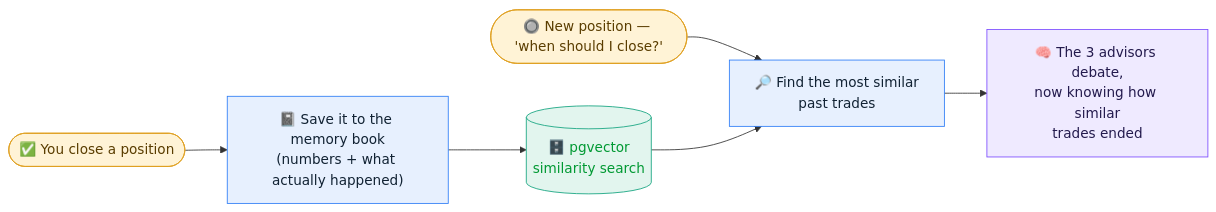
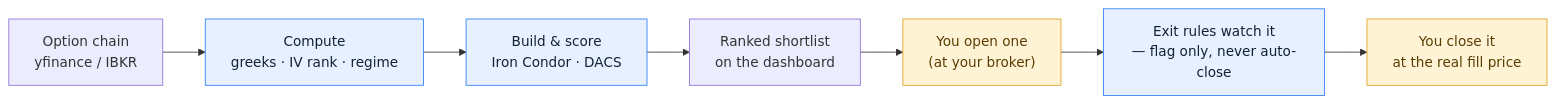
Before and after one commit to adielsh/Paz-Rav: the diagram in README.md, drawn with Mermaid. The commit also changed other lines of this file and 3 other files, not shown here.

````diff
--- a/README.md
+++ b/README.md
@@ -199,18 +25,14 @@
 ```mermaid
 flowchart LR
-    CLOSE(["✅ You close a position"]) --> STORE["📓 Save it to the memory book<br/>(numbers + what actually happened)"]
-    STORE --> DB[("🗄️ pgvector<br/>similarity search")]
+    FEED["Option chain<br/>yfinance / IBKR"] --> ANALYTICS["Compute<br/>greeks · IV rank · regime"]
+    ANALYTICS --> BUILDER["Build & score<br/>Iron Condor · DACS"]
+    BUILDER --> RANK["Ranked shortlist<br/>on the dashboard"]
+    RANK --> OPEN["You open one<br/>(at your broker)"]
+    OPEN --> WATCH["Exit rules watch it<br/>— flag only, never auto-close"]
+    WATCH --> CLOSE["You close it<br/>at the real fill price"]
 
-    NEW(["🔘 New position — 'when should I close?'"]) --> LOOK["🔎 Find the most similar<br/>past trades"]
-    DB --> LOOK
-    LOOK --> DEBATE["🧠 The 3 advisors debate,<br/>now knowing how similar<br/>trades ended"]
-
-    classDef start fill:#fff3d6,stroke:#e0a020,color:#5a3d00;
-    classDef code fill:#e7f0fe,stroke:#2e7df6,color:#123;
-    classDef store fill:#e2f5ee,stroke:#12a37f,color:#093;
-    classDef llm fill:#efeaff,stroke:#7c4dff,color:#231a4d;
-    class CLOSE,NEW start;
-    class STORE,LOOK code;
-    class DB store;
-    class DEBATE llm;
+    classDef py fill:#e7f0fe,stroke:#2e7df6,color:#123;
+    classDef you fill:#fff3d6,stroke:#e0a020,color:#5a3d00;
+    class ANALYTICS,BUILDER,WATCH py;
+    class OPEN,CLOSE you;
 ```
````
